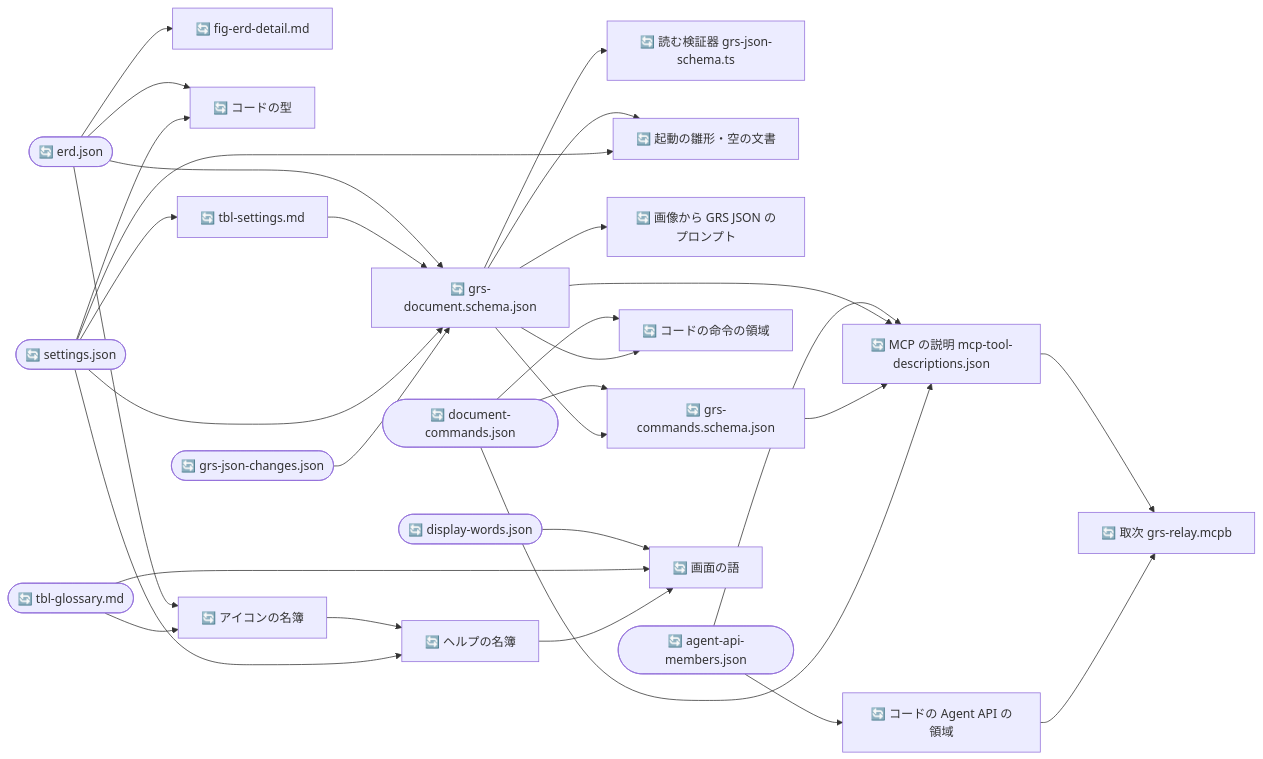
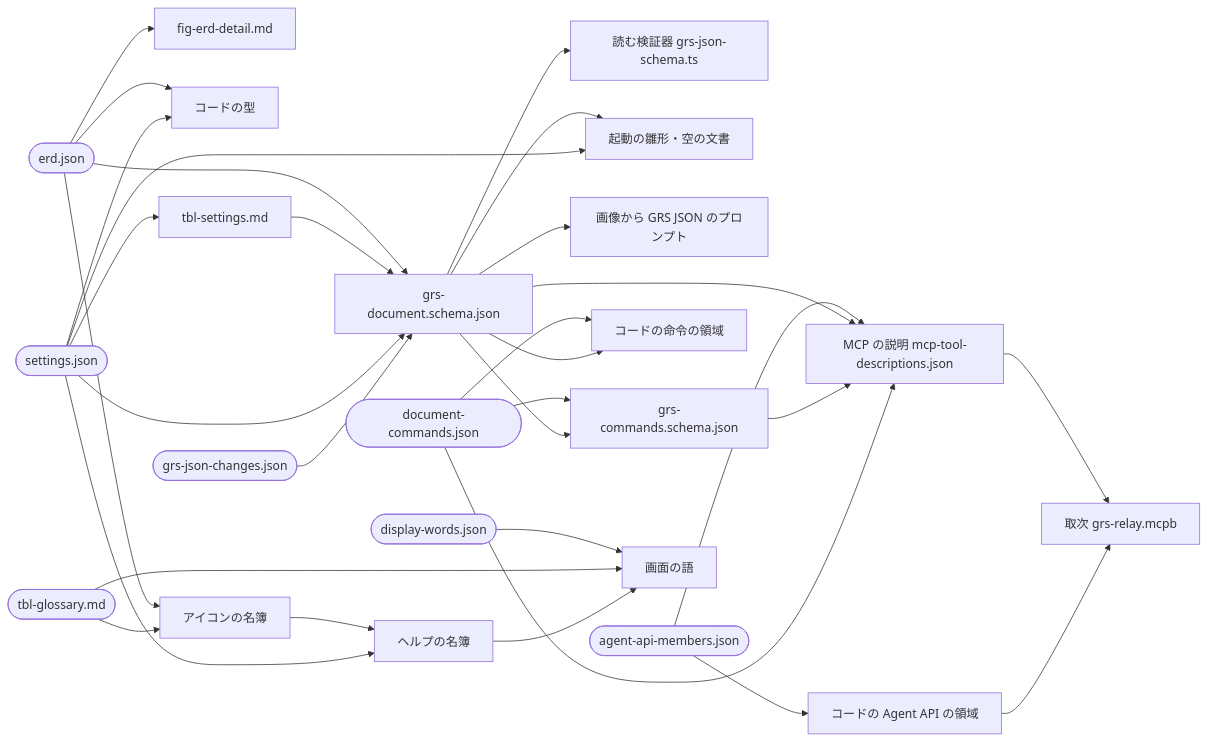
The first of 2 diagrams in studies/76-grs-json-beta-shape/terms/12-ssot-questions.md (GoodRelax/gr-scheduler), drawn with Mermaid before and after one commit. The commit also changed other lines of this file, not shown here.

````diff
--- a/studies/76-grs-json-beta-shape/terms/12-ssot-questions.md
+++ b/studies/76-grs-json-beta-shape/terms/12-ssot-questions.md
@@ -128,33 +128,33 @@
 ```mermaid
 graph LR
-  erd([🔄 erd.json]) --> erdmd[🔄 fig-erd-detail.md]
-  erd --> types[🔄 コードの型]
-  set([🔄 settings.json]) --> setmd[🔄 tbl-settings.md]
+  erd([erd.json]) --> erdmd[fig-erd-detail.md]
+  erd --> types[コードの型]
+  set([settings.json]) --> setmd[tbl-settings.md]
   set --> types
-  erd --> schema[🔄 grs-document.schema.json]
+  erd --> schema[grs-document.schema.json]
   setmd --> schema
   set --> schema
-  chg([🔄 grs-json-changes.json]) --> schema
-  schema --> validator[🔄 読む検証器 grs-json-schema.ts]
-  schema --> startup[🔄 起動の雛形・空の文書]
+  chg([grs-json-changes.json]) --> schema
+  schema --> validator[読む検証器 grs-json-schema.ts]
+  schema --> startup[起動の雛形・空の文書]
   set --> startup
-  schema --> prompt[🔄 画像から GRS JSON のプロンプト]
-  cmd([🔄 document-commands.json]) --> cschema[🔄 grs-commands.schema.json]
+  schema --> prompt[画像から GRS JSON のプロンプト]
+  cmd([document-commands.json]) --> cschema[grs-commands.schema.json]
   schema --> cschema
-  cmd --> cmdcode[🔄 コードの命令の領域]
+  cmd --> cmdcode[コードの命令の領域]
   schema --> cmdcode
-  api([🔄 agent-api-members.json]) --> apicode[🔄 コードの Agent API の領域]
-  api --> mcp[🔄 MCP の説明 mcp-tool-descriptions.json]
+  api([agent-api-members.json]) --> apicode[コードの Agent API の領域]
+  api --> mcp[MCP の説明 mcp-tool-descriptions.json]
   schema --> mcp
   cschema --> mcp
   cmd --> mcp
-  mcp --> relay[🔄 取次 grs-relay.mcpb]
+  mcp --> relay[取次 grs-relay.mcpb]
   apicode --> relay
-  erd --> icons[🔄 アイコンの名簿]
-  glo([🔄 tbl-glossary.md]) --> icons
-  icons --> help[🔄 ヘルプの名簿]
+  erd --> icons[アイコンの名簿]
+  glo([tbl-glossary.md]) --> icons
+  icons --> help[ヘルプの名簿]
   set --> help
-  dw([🔄 display-words.json]) --> words[🔄 画面の語]
+  dw([display-words.json]) --> words[画面の語]
   glo --> words
   help --> words
 ```
````
